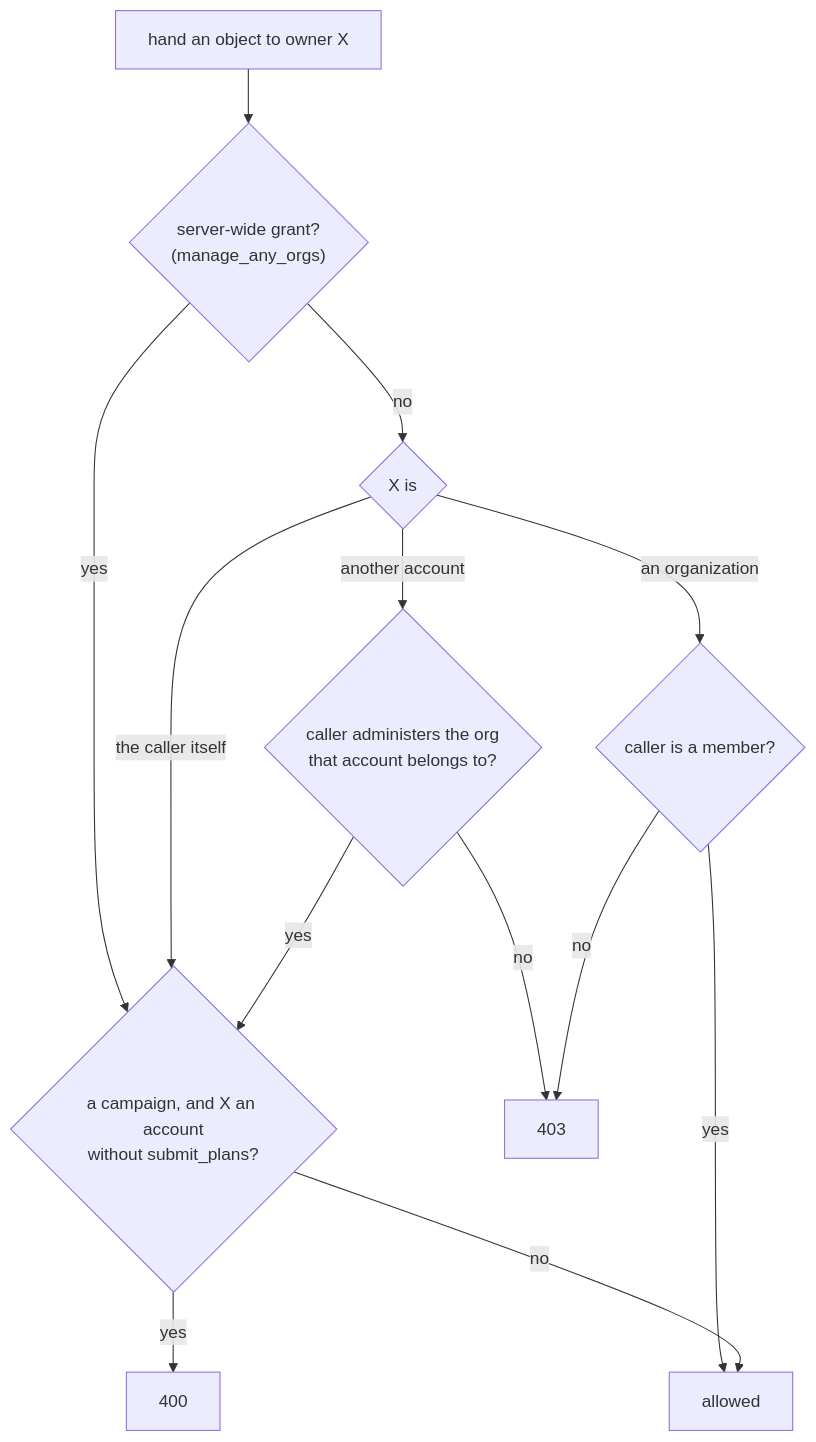
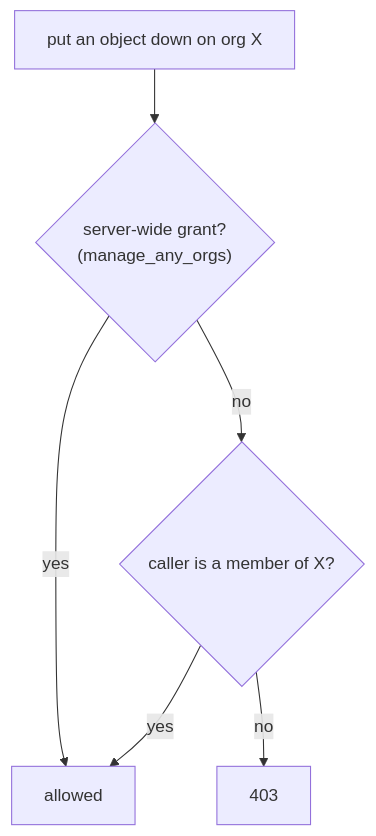
One commit to Liquid4All/pipette-mgmt changed diagram 12 of 27 in docs/topology.md. Above: the diagram before and after it, drawn with Mermaid. The commit also changed other lines of this file and 432 other files, not shown here.

````diff
--- a/docs/topology.md
+++ b/docs/topology.md
@@ -594,15 +571,8 @@
 ```mermaid
 flowchart TD
-    h["hand an object to owner X"] --> srv{"server-wide grant?<br/>(manage_any_orgs)"}
-    srv -- yes --> files
-    srv -- no --> kind{"X is"}
-    kind -- "the caller itself" --> files
-    kind -- "another account" --> adm{"caller administers the org<br/>that account belongs to?"}
-    adm -- yes --> files
-    adm -- no --> no["403"]
-    kind -- "an organization" --> gives{"caller is a member?"}
-    gives -- yes --> ok["allowed"]
-    gives -- no --> no
-    files{"a campaign, and X an account<br/>without submit_plans?"} -- yes --> r400["400"]
-    files -- no --> ok
+    h["put an object down on org X"] --> srv{"server-wide grant?<br/>(manage_any_orgs)"}
+    srv -- yes --> ok["allowed"]
+    srv -- no --> gives{"caller is a member of X?"}
+    gives -- yes --> ok
+    gives -- no --> no["403"]
 ```
````
